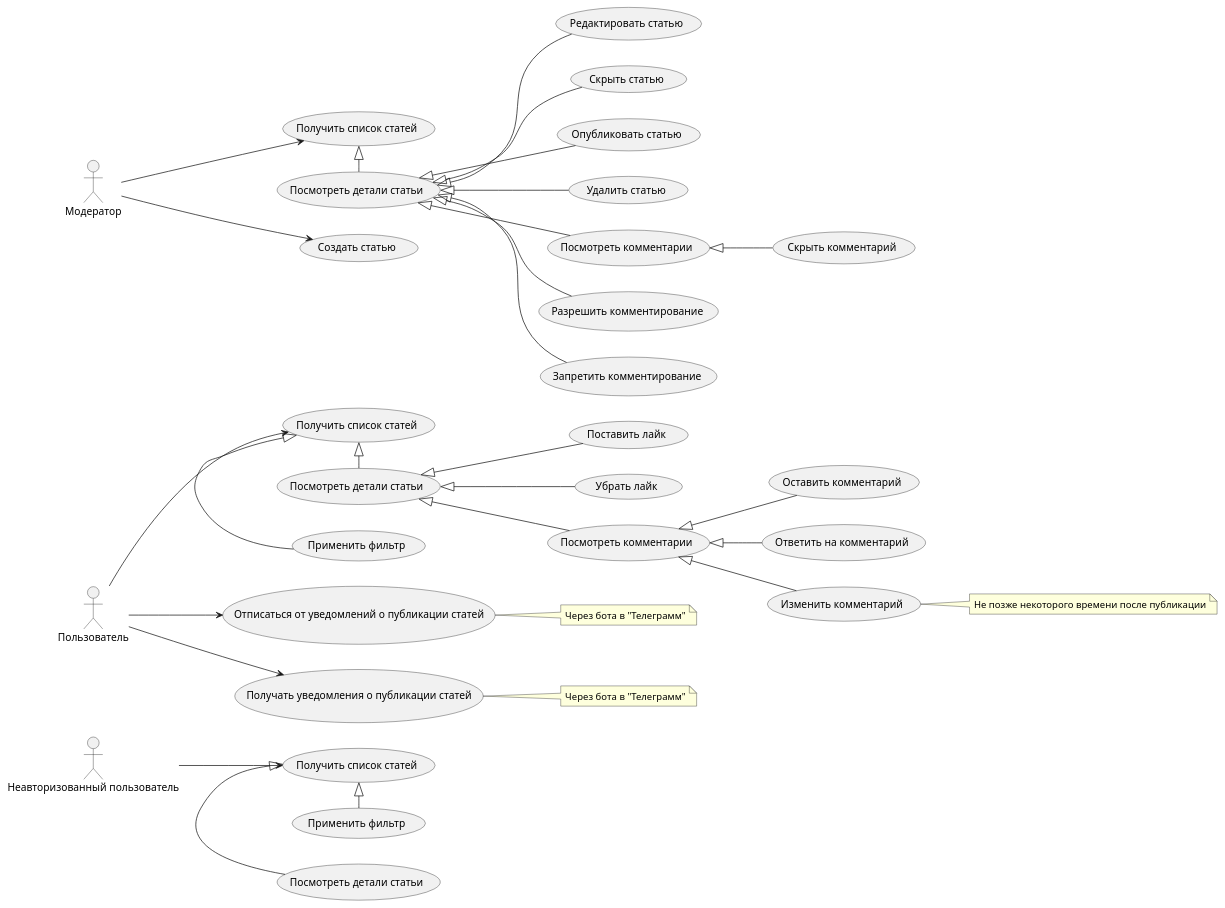
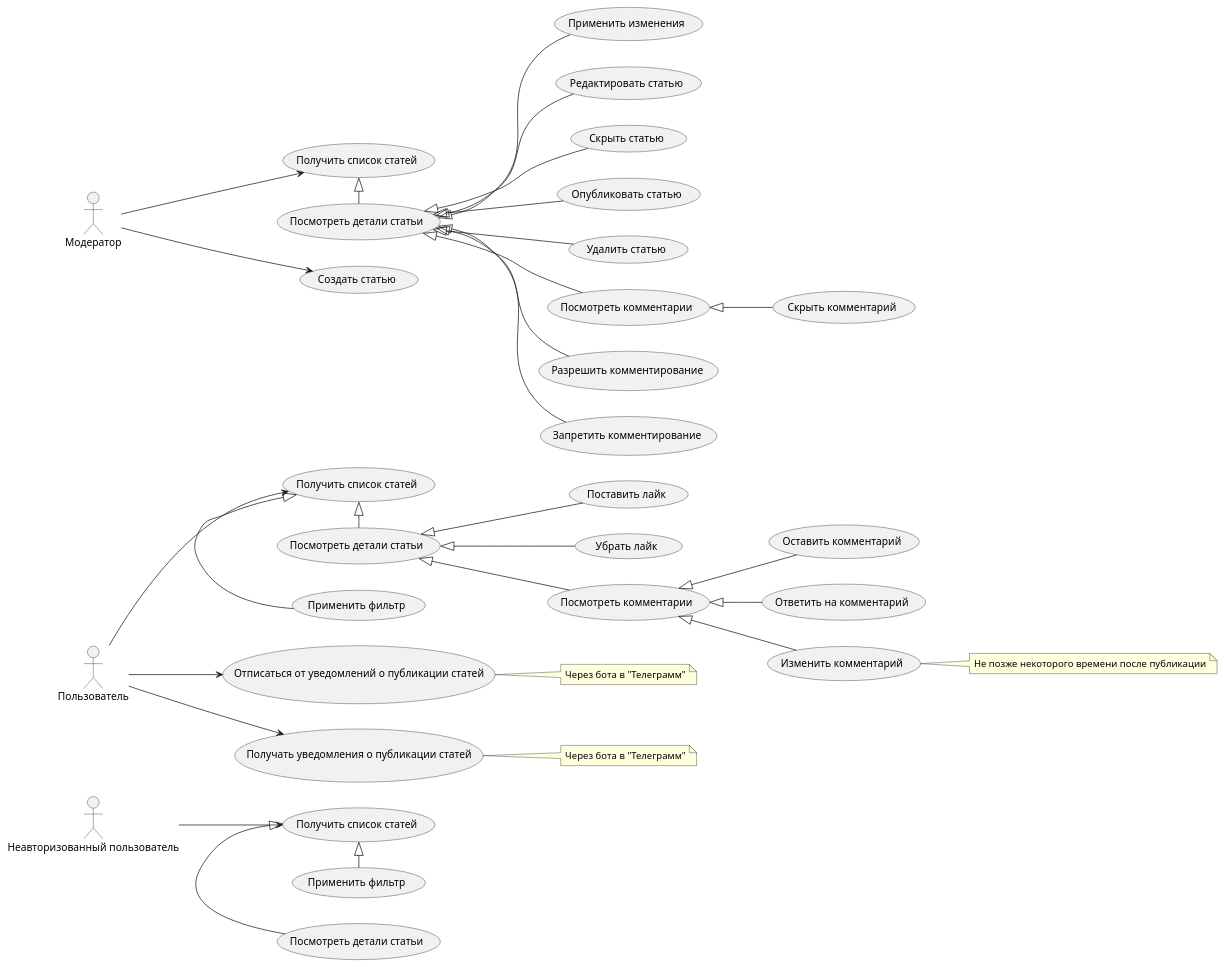
The diagram in docs/design/usecases/articles.puml (Nike073i/road-safety), drawn with PlantUML before and after one commit. The commit also changed 1 other file, not shown here.

Commit message:
chg: article umls

```diff
--- a/docs/design/usecases/articles.puml
+++ b/docs/design/usecases/articles.puml
@@ -1,85 +1,87 @@
 @startuml articles
 
 left to right direction
 
 ' Неавторизованный пользователь
     actor "Неавторизованный пользователь" as UnknownUser
 
     usecase "Получить список статей" as uc_guest_get_articles
     usecase "Посмотреть детали статьи" as uc_guest_get_article_details
     usecase "Применить фильтр" as uc_guest_get_articles_by_filter
 
     uc_guest_get_articles <|- uc_guest_get_article_details
     uc_guest_get_articles <|- uc_guest_get_articles_by_filter
     
     UnknownUser --> uc_guest_get_articles
 
 ' Пользователь
     actor "Пользователь" as User
 
     usecase "Получить список статей" as uc_user_get_articles
     usecase "Применить фильтр" as uc_user_get_articles_by_filter
     usecase "Посмотреть детали статьи" as uc_user_get_article_details
     usecase "Посмотреть комментарии" as uc_user_get_article_comments
     usecase "Поставить лайк" as uc_like_article
     usecase "Убрать лайк" as uc_unlike_article
     usecase "Оставить комментарий" as uc_publish_comment
     usecase "Ответить на комментарий" as uc_reply_comment
     usecase "Изменить комментарий" as uc_edit_comment
     usecase "Получать уведомления о публикации статей" as uc_subscribe_new_articles
     usecase "Отписаться от уведомлений о публикации статей" as uc_unsubscribe_new_articles
 
     note right of uc_subscribe_new_articles
         Через бота в "Телеграмм"
     end note
 
     note right of uc_unsubscribe_new_articles
         Через бота в "Телеграмм"
     end note
 
     note right of uc_edit_comment
         Не позже некоторого времени после публикации
     end note
 
     uc_user_get_articles <|- uc_user_get_articles_by_filter
     uc_user_get_articles <|- uc_user_get_article_details
     uc_user_get_article_details <|-- uc_like_article
     uc_user_get_article_details <|-- uc_unlike_article
     uc_user_get_article_details <|-- uc_user_get_article_comments
     uc_user_get_article_comments <|-- uc_publish_comment
     uc_user_get_article_comments <|-- uc_reply_comment
     uc_user_get_article_comments <|-- uc_edit_comment
 
     User --> uc_user_get_articles
     User --> uc_subscribe_new_articles
     User --> uc_unsubscribe_new_articles
 
-' Модератор пользователь
+' Модератор
     actor "Модератор" as Moderator
     
     usecase "Получить список статей" as uc_moderator_get_articles
     usecase "Посмотреть детали статьи" as uc_moderator_get_article_details
     usecase "Создать статью" as uc_create_article
+    usecase "Применить изменения" as uc_update_content
     usecase "Редактировать статью" as uc_edit_arrticle
     usecase "Скрыть статью" as uc_hide_article
     usecase "Опубликовать статью" as uc_publish_article
     usecase "Удалить статью" as uc_remove_article
     usecase "Посмотреть комментарии" as uc_moderator_get_article_comments
     usecase "Разрешить комментирование" as uc_enable_comments
     usecase "Запретить комментирование" as uc_disable_comments
     usecase "Скрыть комментарий" as uc_hide_comment
 
     uc_moderator_get_articles <|- uc_moderator_get_article_details
     uc_moderator_get_article_details <|--uc_edit_arrticle
+    uc_moderator_get_article_details <|--uc_update_content
     uc_moderator_get_article_details <|--uc_hide_article
     uc_moderator_get_article_details <|--uc_publish_article
     uc_moderator_get_article_details <|--uc_remove_article
     uc_moderator_get_article_details <|--uc_enable_comments
     uc_moderator_get_article_details <|--uc_disable_comments
     uc_moderator_get_article_details <|--uc_moderator_get_article_comments
     uc_moderator_get_article_comments <|--uc_hide_comment
 
     Moderator --> uc_moderator_get_articles
     Moderator --> uc_create_article
 
 @enduml
```
